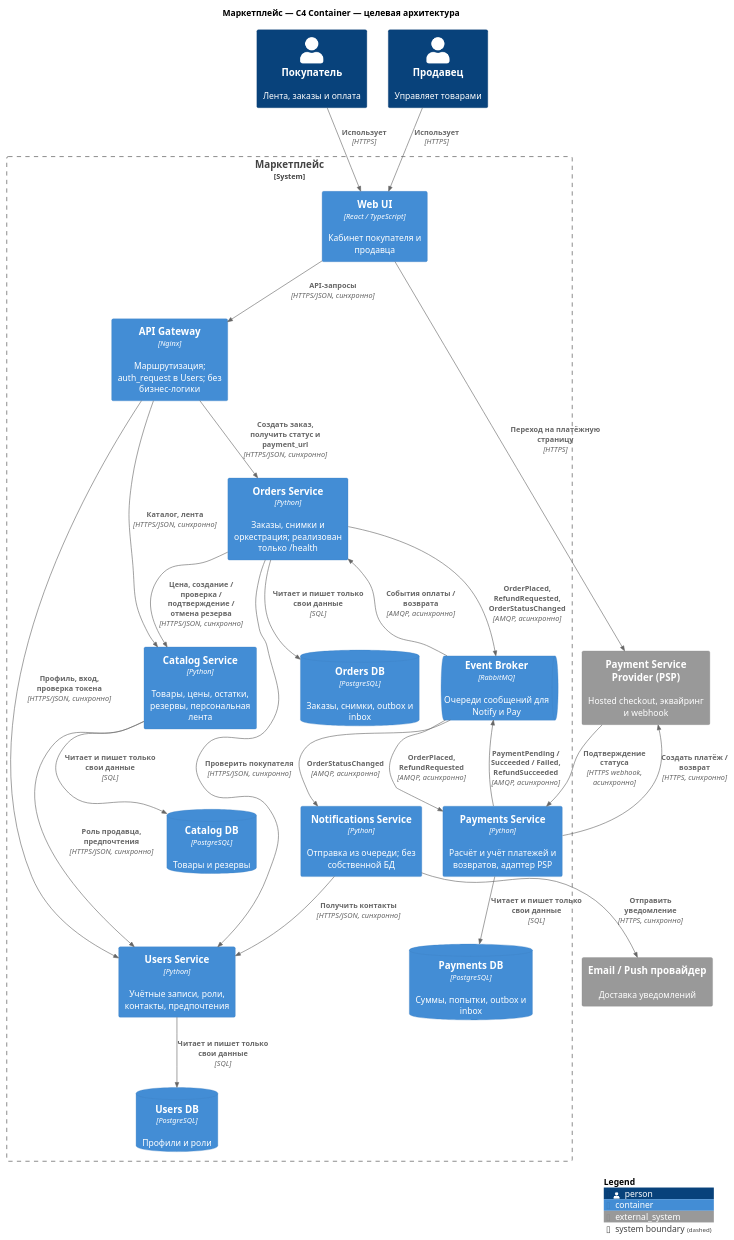
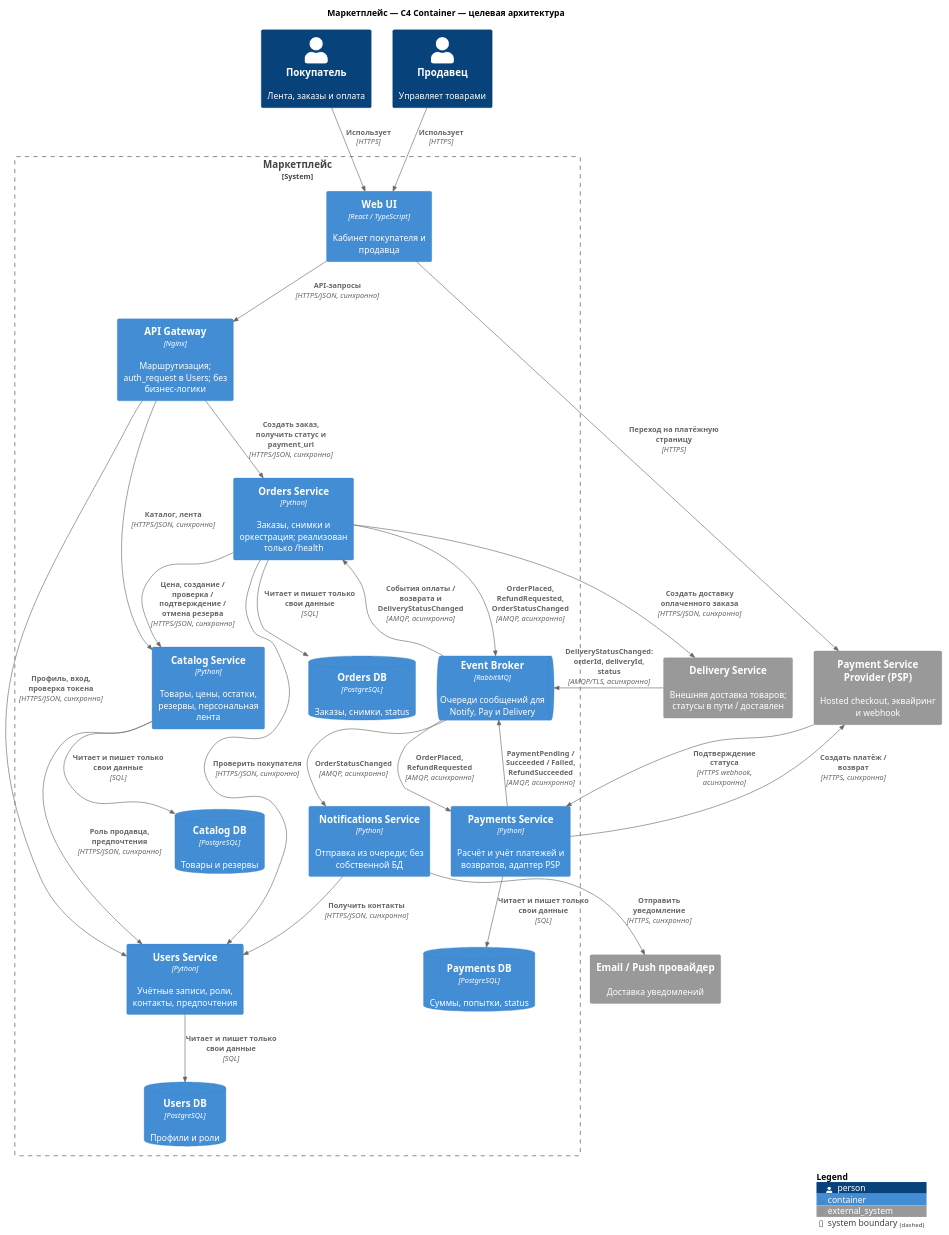
The diagram in 01_2_балла_Диаграмма/container.puml (buziness11/soa), drawn with PlantUML before and after one commit. The commit also changed 9 other files, not shown here.

```diff
--- a/01_2_балла_Диаграмма/container.puml
+++ b/01_2_балла_Диаграмма/container.puml
@@ -1,47 +1,50 @@
 @startuml MarketplaceContainers
 !include <C4/C4_Container>
 LAYOUT_TOP_DOWN()
 title Маркетплейс — C4 Container — целевая архитектура
 Person(buyer, "Покупатель", "Лента, заказы и оплата")
 Person(seller, "Продавец", "Управляет товарами")
 System_Ext(psp, "Payment Service Provider (PSP)", "Hosted checkout, эквайринг и webhook")
 System_Ext(provider, "Email / Push провайдер", "Доставка уведомлений")
+System_Ext(delivery, "Delivery Service", "Внешняя доставка товаров; статусы в пути / доставлен")
 System_Boundary(marketplace, "Маркетплейс") {
   Container(ui, "Web UI", "React / TypeScript", "Кабинет покупателя и продавца")
   Container(gateway, "API Gateway", "Nginx", "Маршрутизация; auth_request в Users; без бизнес-логики")
   Container(users, "Users Service", "Python", "Учётные записи, роли, контакты, предпочтения")
   Container(catalog, "Catalog Service", "Python", "Товары, цены, остатки, резервы, персональная лента")
   Container(orders, "Orders Service", "Python", "Заказы, снимки и оркестрация; реализован только /health")
   Container(payments, "Payments Service", "Python", "Расчёт и учёт платежей и возвратов, адаптер PSP")
   Container(notifications, "Notifications Service", "Python", "Отправка из очереди; без собственной БД")
-  ContainerQueue(broker, "Event Broker", "RabbitMQ", "Очереди сообщений для Notify и Pay")
+  ContainerQueue(broker, "Event Broker", "RabbitMQ", "Очереди сообщений для Notify, Pay и Delivery")
   ContainerDb(usersdb, "Users DB", "PostgreSQL", "Профили и роли")
   ContainerDb(catalogdb, "Catalog DB", "PostgreSQL", "Товары и резервы")
-  ContainerDb(ordersdb, "Orders DB", "PostgreSQL", "Заказы, снимки, outbox и inbox")
-  ContainerDb(paymentsdb, "Payments DB", "PostgreSQL", "Суммы, попытки, outbox и inbox")
+  ContainerDb(ordersdb, "Orders DB", "PostgreSQL", "Заказы, снимки, status")
+  ContainerDb(paymentsdb, "Payments DB", "PostgreSQL", "Суммы, попытки, status")
 }
 Rel(buyer, ui, "Использует", "HTTPS")
 Rel(seller, ui, "Использует", "HTTPS")
 Rel(ui, gateway, "API-запросы", "HTTPS/JSON, синхронно")
 Rel(gateway, users, "Профиль, вход, проверка токена", "HTTPS/JSON, синхронно")
 Rel(gateway, catalog, "Каталог, лента", "HTTPS/JSON, синхронно")
 Rel(gateway, orders, "Создать заказ, получить статус и payment_url", "HTTPS/JSON, синхронно")
 Rel(catalog, users, "Роль продавца, предпочтения", "HTTPS/JSON, синхронно")
 Rel(orders, users, "Проверить покупателя", "HTTPS/JSON, синхронно")
 Rel(orders, catalog, "Цена, создание / проверка / подтверждение / отмена резерва", "HTTPS/JSON, синхронно")
 Rel(notifications, users, "Получить контакты", "HTTPS/JSON, синхронно")
 Rel(users, usersdb, "Читает и пишет только свои данные", "SQL")
 Rel(catalog, catalogdb, "Читает и пишет только свои данные", "SQL")
 Rel(orders, ordersdb, "Читает и пишет только свои данные", "SQL")
 Rel(payments, paymentsdb, "Читает и пишет только свои данные", "SQL")
 Rel(orders, broker, "OrderPlaced, RefundRequested, OrderStatusChanged", "AMQP, асинхронно")
 Rel(broker, payments, "OrderPlaced, RefundRequested", "AMQP, асинхронно")
 Rel(payments, broker, "PaymentPending / Succeeded / Failed, RefundSucceeded", "AMQP, асинхронно")
-Rel(broker, orders, "События оплаты / возврата", "AMQP, асинхронно")
+Rel(broker, orders, "События оплаты / возврата и DeliveryStatusChanged", "AMQP, асинхронно")
 Rel(broker, notifications, "OrderStatusChanged", "AMQP, асинхронно")
 Rel(payments, psp, "Создать платёж / возврат", "HTTPS, синхронно")
 Rel(psp, payments, "Подтверждение статуса", "HTTPS webhook, асинхронно")
 Rel(ui, psp, "Переход на платёжную страницу", "HTTPS")
 Rel(notifications, provider, "Отправить уведомление", "HTTPS, синхронно")
+Rel(orders, delivery, "Создать доставку оплаченного заказа", "HTTPS/JSON, синхронно")
+Rel(delivery, broker, "DeliveryStatusChanged: orderId, deliveryId, status", "AMQP/TLS, асинхронно")
 SHOW_LEGEND()
 @enduml
```
